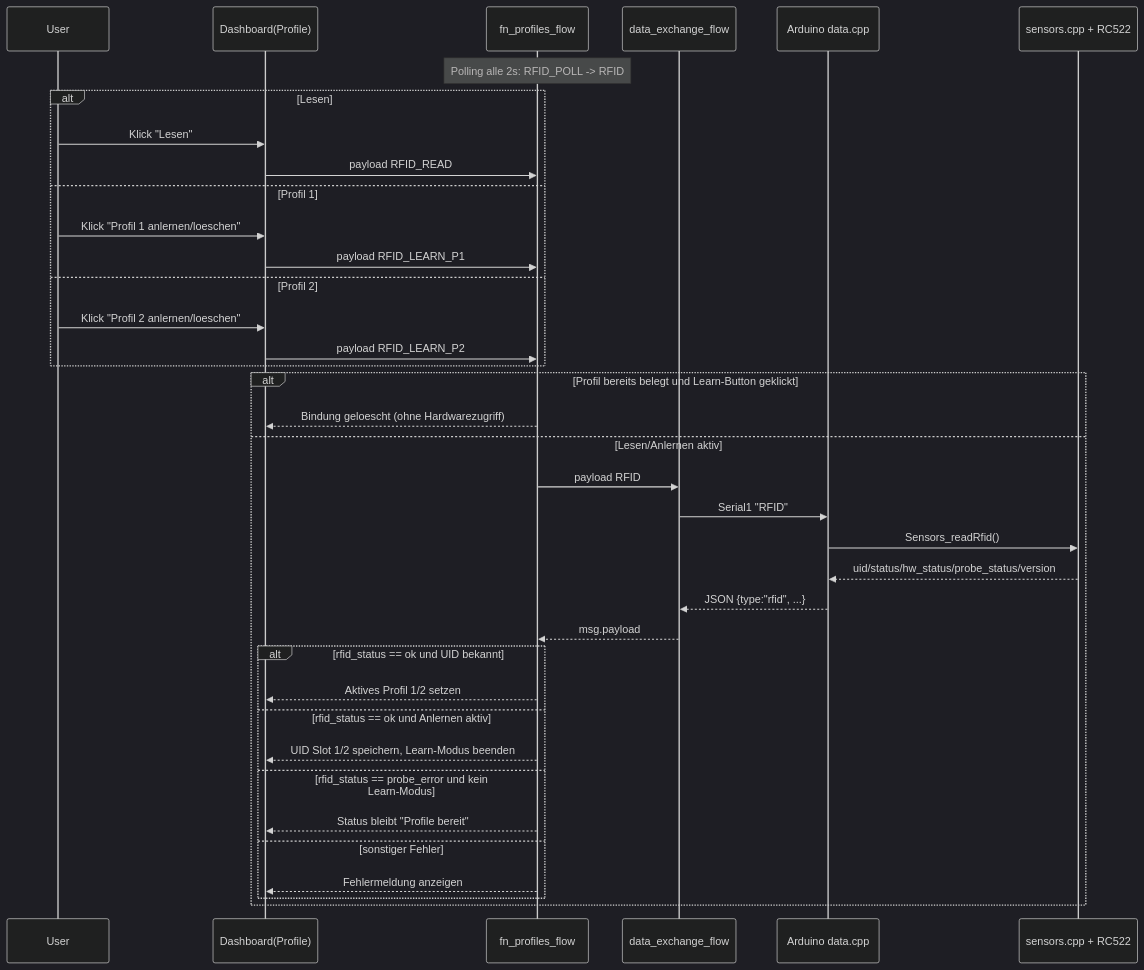
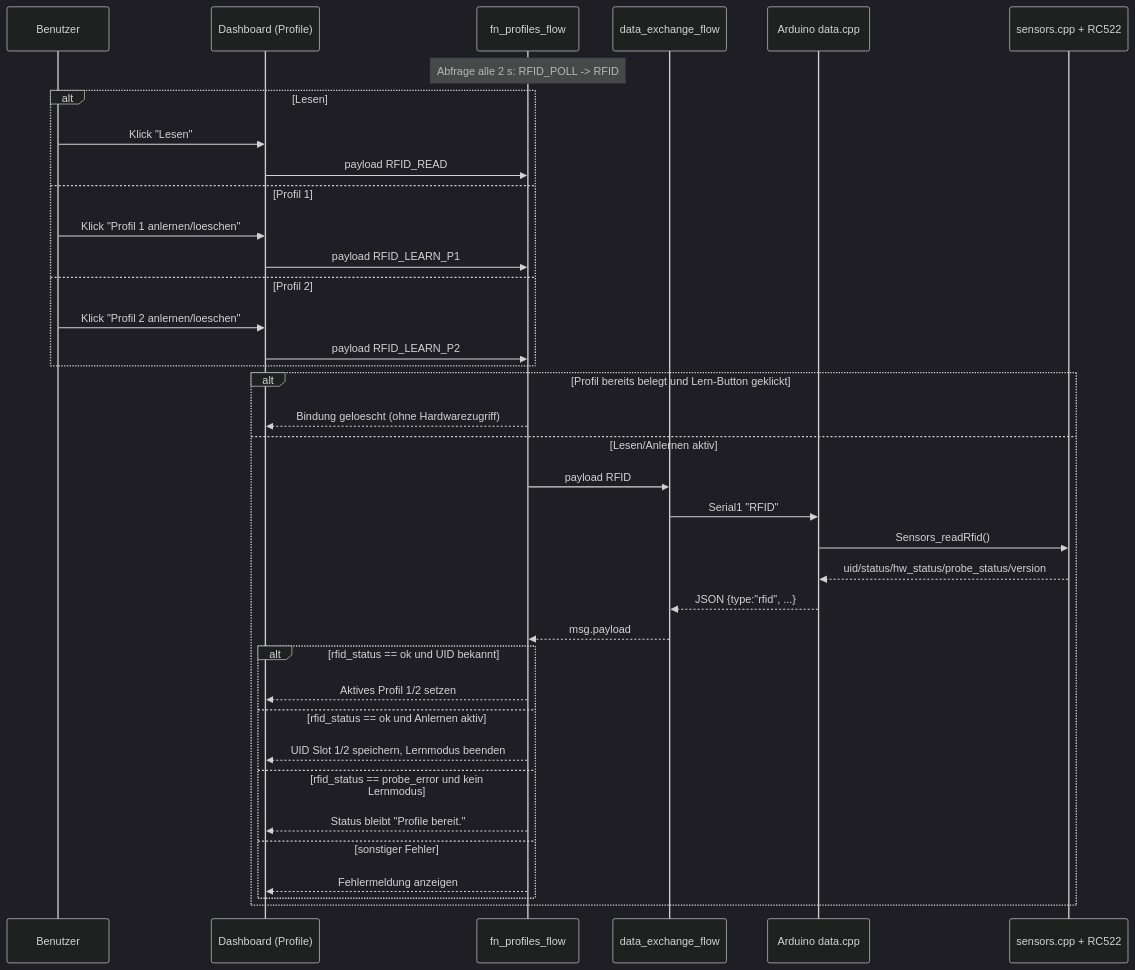
One commit to HerrnDK/Projekt changed the second of 13 diagrams in nodered/flows/FLOW_ARCHITEKTUR_PLAN.md. Above: the diagram before and after it, drawn with Mermaid (dark theme). The commit also changed other lines of this file and 11 other files, not shown here.

````diff
--- a/nodered/flows/FLOW_ARCHITEKTUR_PLAN.md
+++ b/nodered/flows/FLOW_ARCHITEKTUR_PLAN.md
@@ -37,43 +37,43 @@
 ```mermaid
 sequenceDiagram
-  participant U as User
-  participant D as Dashboard(Profile)
+  participant U as Benutzer
+  participant D as Dashboard (Profile)
   participant P as fn_profiles_flow
   participant X as data_exchange_flow
   participant A as Arduino data.cpp
   participant S as sensors.cpp + RC522
 
-  Note over P: Polling alle 2s: RFID_POLL -> RFID
+  Note over P: Abfrage alle 2 s: RFID_POLL -> RFID
 
   alt Lesen
     U->>D: Klick "Lesen"
     D->>P: payload RFID_READ
   else Profil 1
     U->>D: Klick "Profil 1 anlernen/loeschen"
     D->>P: payload RFID_LEARN_P1
   else Profil 2
     U->>D: Klick "Profil 2 anlernen/loeschen"
     D->>P: payload RFID_LEARN_P2
   end
 
-  alt Profil bereits belegt und Learn-Button geklickt
+  alt Profil bereits belegt und Lern-Button geklickt
     P-->>D: Bindung geloescht (ohne Hardwarezugriff)
   else Lesen/Anlernen aktiv
     P->>X: payload RFID
     X->>A: Serial1 "RFID"
     A->>S: Sensors_readRfid()
     S-->>A: uid/status/hw_status/probe_status/version
     A-->>X: JSON {type:"rfid", ...}
     X-->>P: msg.payload
 
     alt rfid_status == ok und UID bekannt
       P-->>D: Aktives Profil 1/2 setzen
     else rfid_status == ok und Anlernen aktiv
-      P-->>D: UID Slot 1/2 speichern, Learn-Modus beenden
-    else rfid_status == probe_error und kein Learn-Modus
-      P-->>D: Status bleibt "Profile bereit"
+      P-->>D: UID Slot 1/2 speichern, Lernmodus beenden
+    else rfid_status == probe_error und kein Lernmodus
+      P-->>D: Status bleibt "Profile bereit."
     else sonstiger Fehler
       P-->>D: Fehlermeldung anzeigen
     end
   end
 ```
````
